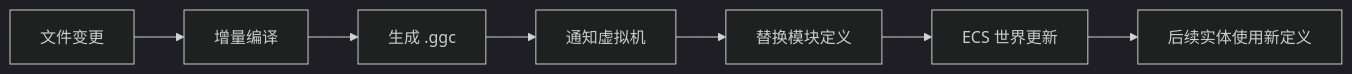
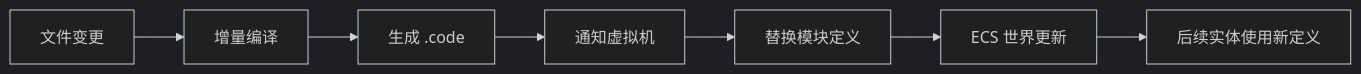
Before and after one commit to game-gpt/Gnosis.cs: the first of 3 diagrams in documentation/zh-hans/development/hot-update.md, drawn with Mermaid (dark theme). The commit also changed other lines of this file and 16 other files, not shown here.

````diff
--- a/documentation/zh-hans/development/hot-update.md
+++ b/documentation/zh-hans/development/hot-update.md
@@ -24,9 +24,9 @@
 ```mermaid
 flowchart LR
     A[文件变更] --> B[增量编译]
-    B --> C[生成 .ggc]
+    B --> C[生成 .code]
     C --> D[通知虚拟机]
     D --> E[替换模块定义]
     E --> F[ECS 世界更新]
     F --> G[后续实体使用新定义]
 ```
````
